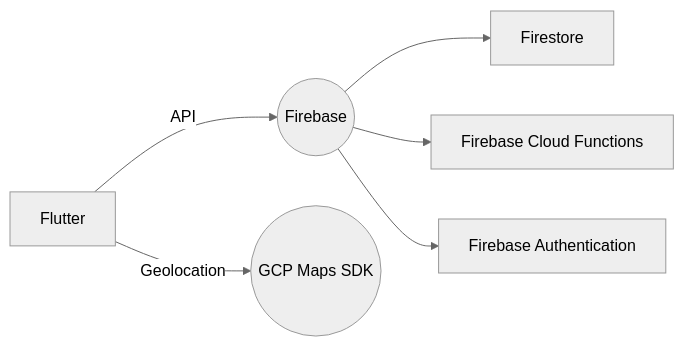
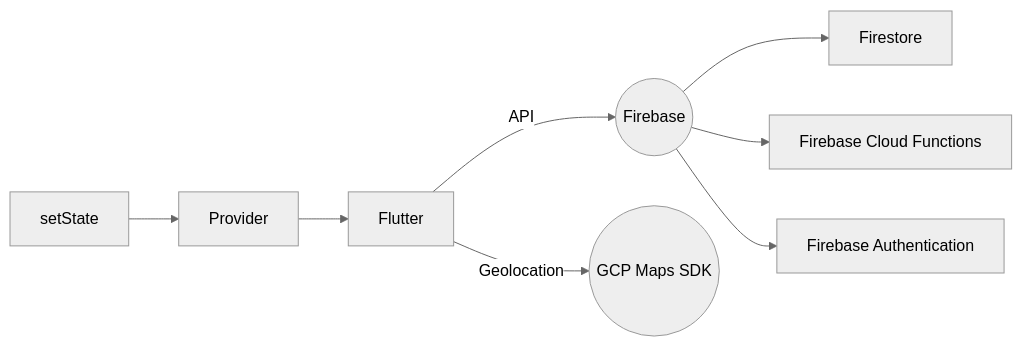
Before and after one commit to Jaideep-C/Milo: the diagram in README.md, drawn with Mermaid (neutral theme). The commit also changed other lines of this file, not shown here.

````diff
--- a/README.md
+++ b/README.md
@@ -6,8 +6,9 @@
 ```mermaid
 graph LR
-A[Flutter]--API-->B((Firebase))
+Ab[setState]-->Aa[Provider]-->A[Flutter]
+A--API-->B((Firebase))
 B-->C[Firestore]
 B-->D[Firebase Cloud Functions]
 B-->E[Firebase Authentication]
 A--Geolocation-->F((GCP Maps SDK))
 ```
````
